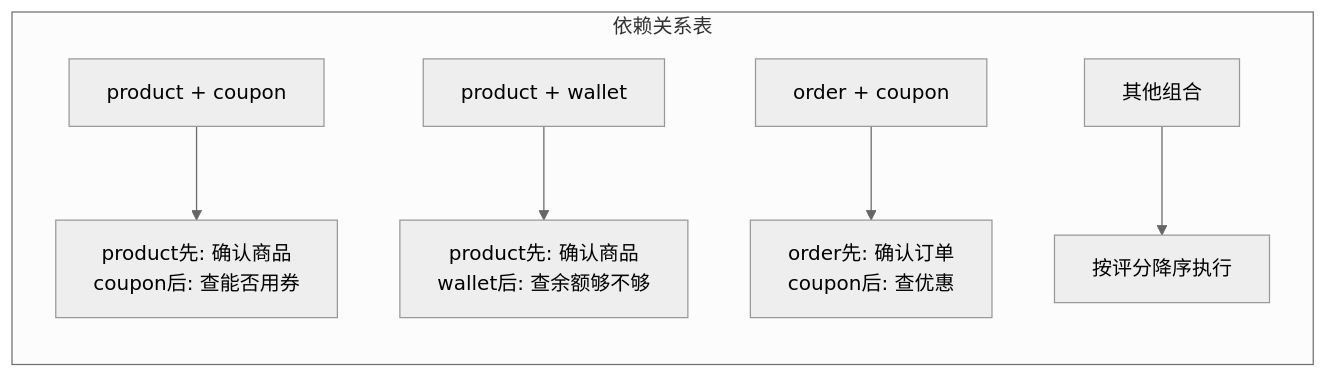
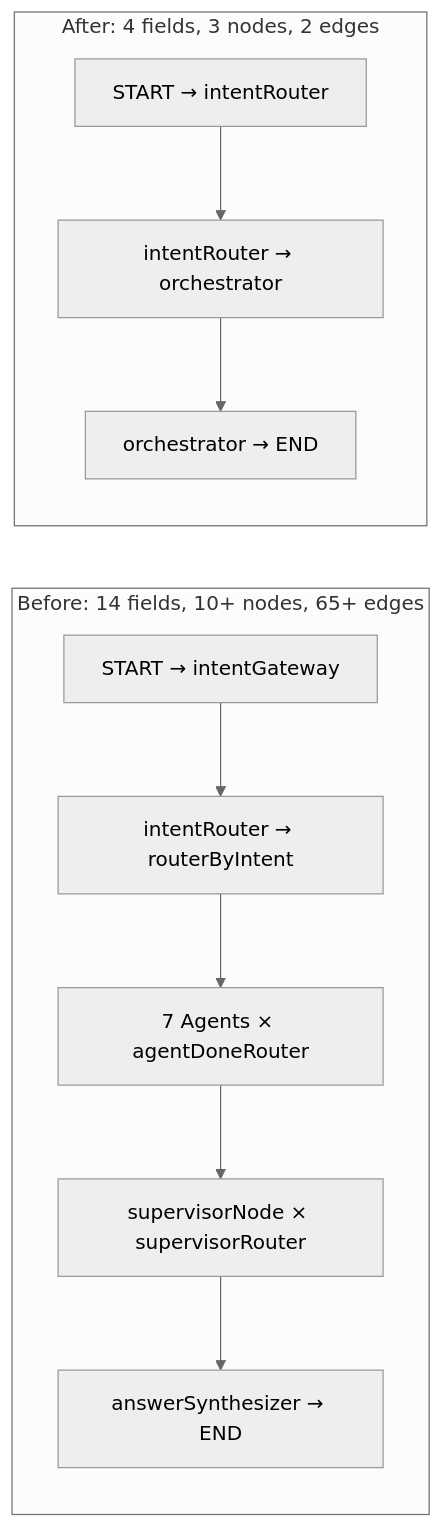
One commit to MrBigPorter/JoyMini_Nest_Monorepo changed the first of 2 diagrams in docs/AI-joymini/10-MultiLabelIntentRouting与TaskDecomposition.md. Above: the diagram before and after it, drawn with Mermaid (neutral theme). The commit also changed other lines of this file and 5 other files, not shown here.

````diff
--- a/docs/AI-joymini/10-MultiLabelIntentRouting与TaskDecomposition.md
+++ b/docs/AI-joymini/10-MultiLabelIntentRouting与TaskDecomposition.md
@@ -159,9 +49,20 @@
 ```mermaid
 flowchart LR
-    subgraph "依赖关系表"
-        A["product + coupon"] --> B["product先: 确认商品<br/>coupon后: 查能否用券"]
-        C["product + wallet"] --> D["product先: 确认商品<br/>wallet后: 查余额够不够"]
-        E["order + coupon"] --> F["order先: 确认订单<br/>coupon后: 查优惠"]
-        G["其他组合"] --> H["按评分降序执行"]
+    subgraph "Before: 14 fields, 10+ nodes, 65+ edges"
+        direction TB
+        B1["START → intentGateway"]
+        B2["intentRouter → routerByIntent"]
+        B3["7 Agents × agentDoneRouter"]
+        B4["supervisorNode × supervisorRouter"]
+        B5["answerSynthesizer → END"]
+        B1 --> B2 --> B3 --> B4 --> B5
+    end
+
+    subgraph "After: 4 fields, 3 nodes, 2 edges"
+        direction TB
+        A1["START → intentRouter"]
+        A2["intentRouter → orchestrator"]
+        A3["orchestrator → END"]
+        A1 --> A2 --> A3
     end
 ```
````
